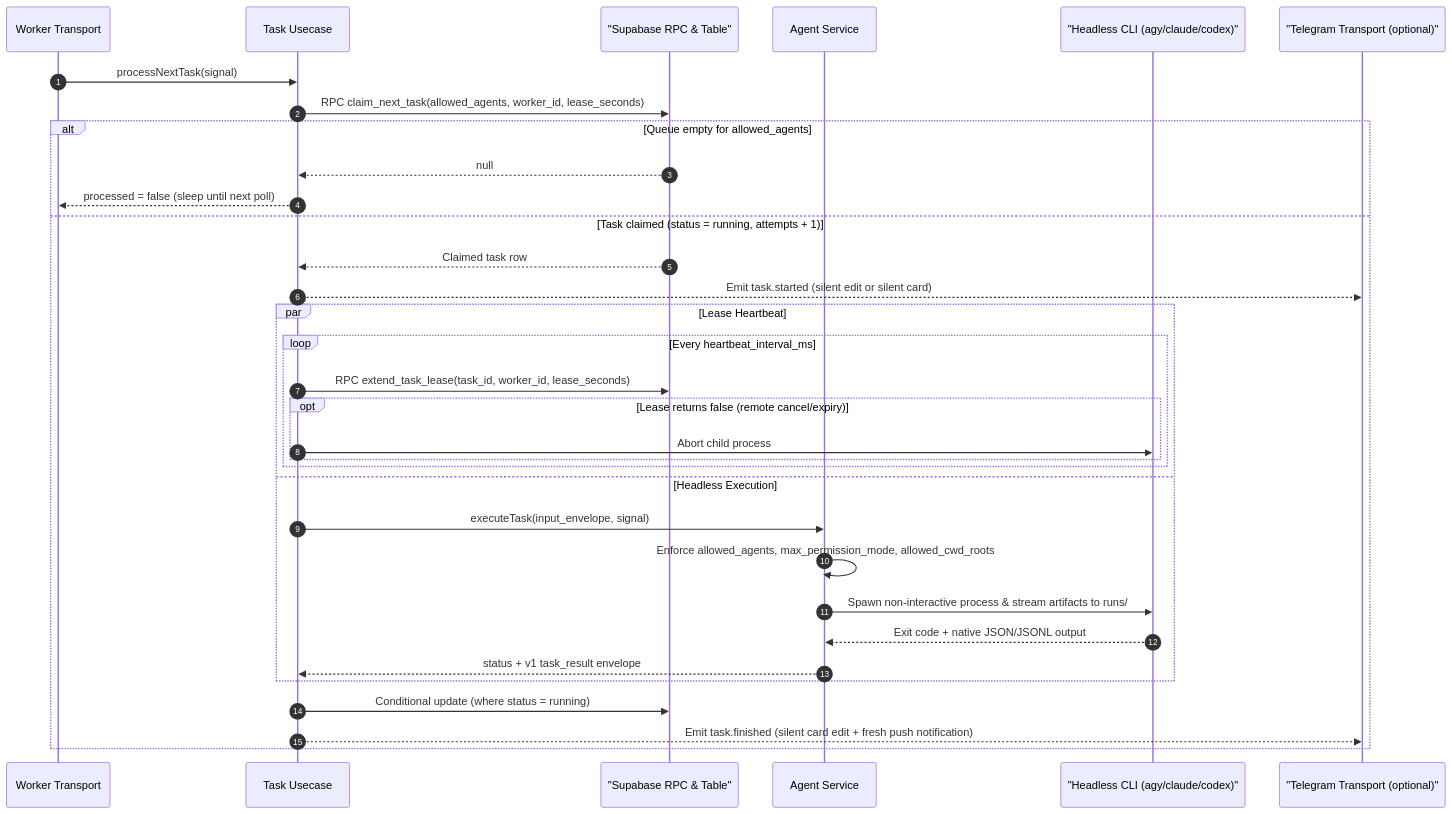
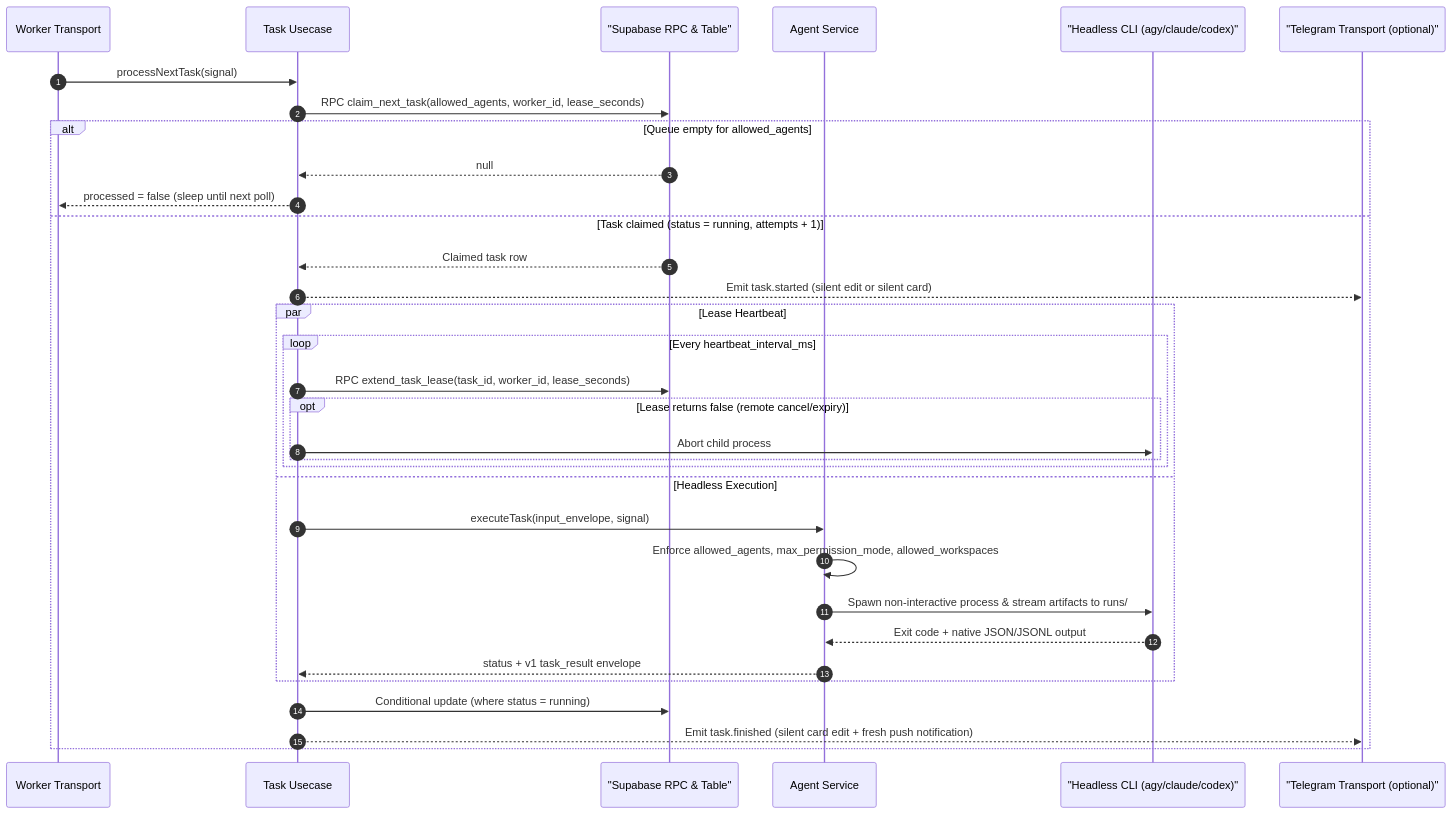
Before and after one commit to anlew2k2/task-aside: the diagram in docs/seq-worker-execution.md, drawn with Mermaid. The commit also changed other lines of this file and 12 other files, not shown here.

Commit message:
feat: enforce global allowed_workspaces and simplify workspace config

````diff
--- a/docs/seq-worker-execution.md
+++ b/docs/seq-worker-execution.md
@@ -7,36 +7,36 @@
 ```mermaid
 sequenceDiagram
   autonumber
   participant W as Worker Transport
   participant U as Task Usecase
   participant DB as "Supabase RPC & Table"
   participant A as Agent Service
   participant CLI as "Headless CLI (agy/claude/codex)"
   participant TG as "Telegram Transport (optional)"
 
   W->>U: processNextTask(signal)
   U->>DB: RPC claim_next_task(allowed_agents, worker_id, lease_seconds)
   alt Queue empty for allowed_agents
     DB-->>U: null
     U-->>W: processed = false (sleep until next poll)
   else Task claimed (status = running, attempts + 1)
     DB-->>U: Claimed task row
     U-->>TG: Emit task.started (silent edit or silent card)
     par Lease Heartbeat
       loop Every heartbeat_interval_ms
         U->>DB: RPC extend_task_lease(task_id, worker_id, lease_seconds)
         opt Lease returns false (remote cancel/expiry)
           U->>CLI: Abort child process
         end
       end
     and Headless Execution
       U->>A: executeTask(input_envelope, signal)
-      A->>A: Enforce allowed_agents, max_permission_mode, allowed_cwd_roots
+      A->>A: Enforce allowed_agents, max_permission_mode, allowed_workspaces
       A->>CLI: Spawn non-interactive process & stream artifacts to runs/
       CLI-->>A: Exit code + native JSON/JSONL output
       A-->>U: status + v1 task_result envelope
     end
     U->>DB: Conditional update (where status = running)
     U-->>TG: Emit task.finished (silent card edit + fresh push notification)
   end
 ```
````
